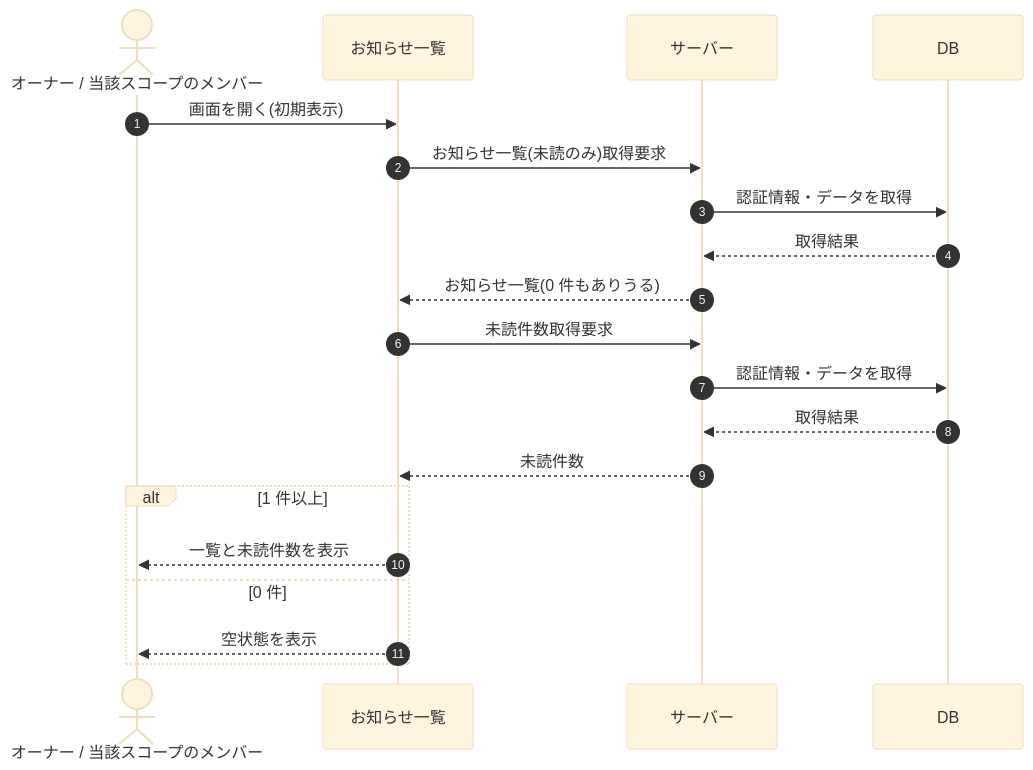
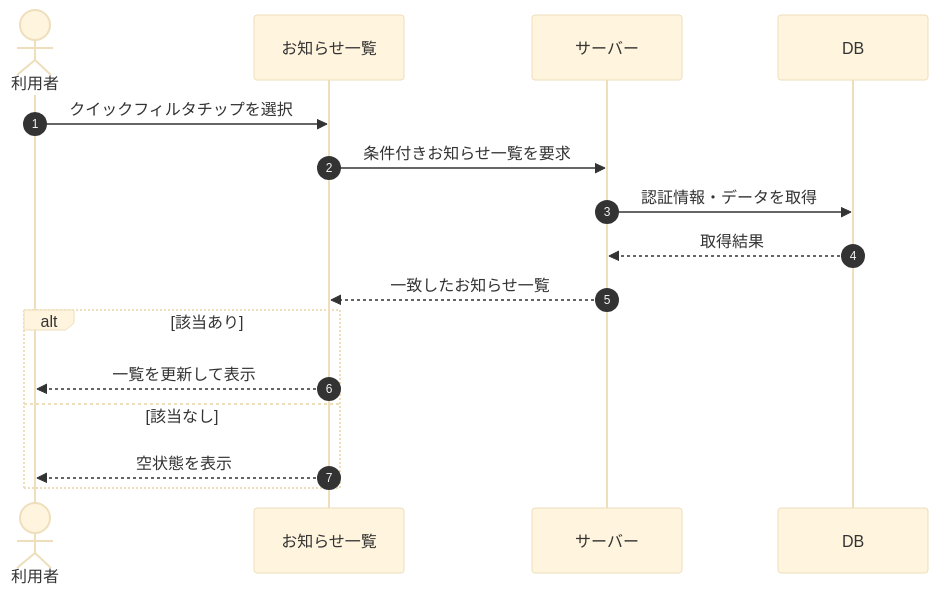
Before and after one commit to sikakou54/open-faq: the diagram in 02_basic_design/03_sequences/SEQ-054.md, drawn with Mermaid (base theme). The commit also changed other lines of this file and 395 other files, not shown here.

````diff
--- a/02_basic_design/03_sequences/SEQ-054.md
+++ b/02_basic_design/03_sequences/SEQ-054.md
@@ -25,22 +25,18 @@
 ```mermaid
 sequenceDiagram
   autonumber
-  actor U as オーナー / 当該スコープのメンバー
+  actor U as 利用者
   participant Screen as お知らせ一覧
   participant Server as サーバー
   participant DB as DB
-  U->>Screen: 画面を開く(初期表示)
-  Screen->>Server: お知らせ一覧(未読のみ)取得要求
+  U->>Screen: クイックフィルタチップを選択
+  Screen->>Server: 条件付きお知らせ一覧を要求
   Server->>DB: 認証情報・データを取得
   DB-->>Server: 取得結果
-  Server-->>Screen: お知らせ一覧(0 件もありうる)
-  Screen->>Server: 未読件数取得要求
-  Server->>DB: 認証情報・データを取得
-  DB-->>Server: 取得結果
-  Server-->>Screen: 未読件数
-  alt 1 件以上
-    Screen-->>U: 一覧と未読件数を表示
-  else 0 件
+  Server-->>Screen: 一致したお知らせ一覧
+  alt 該当あり
+    Screen-->>U: 一覧を更新して表示
+  else 該当なし
     Screen-->>U: 空状態を表示
   end
 ```
````
